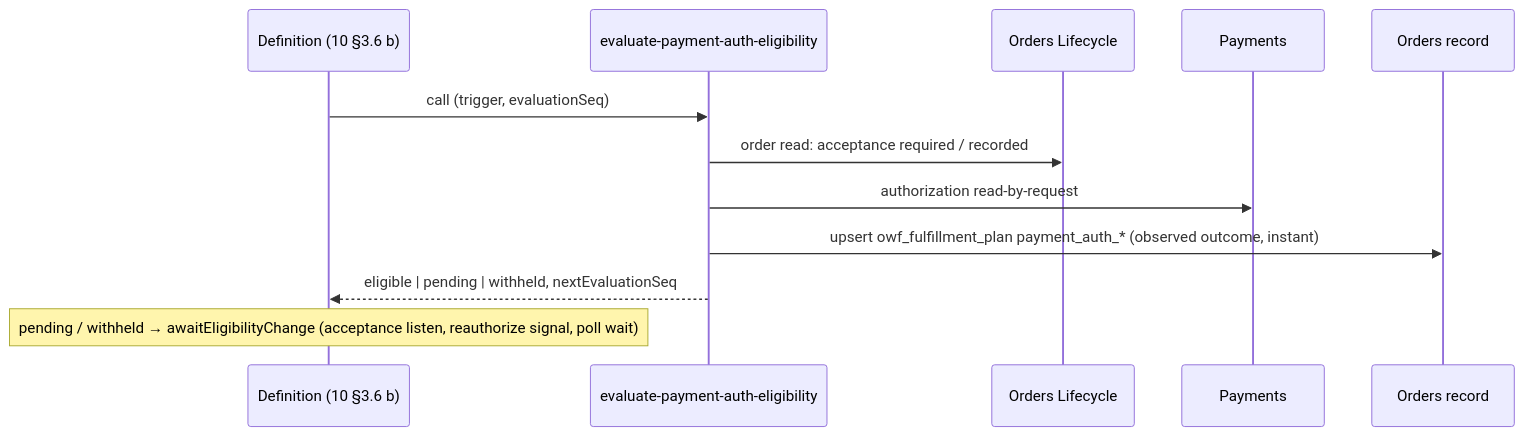
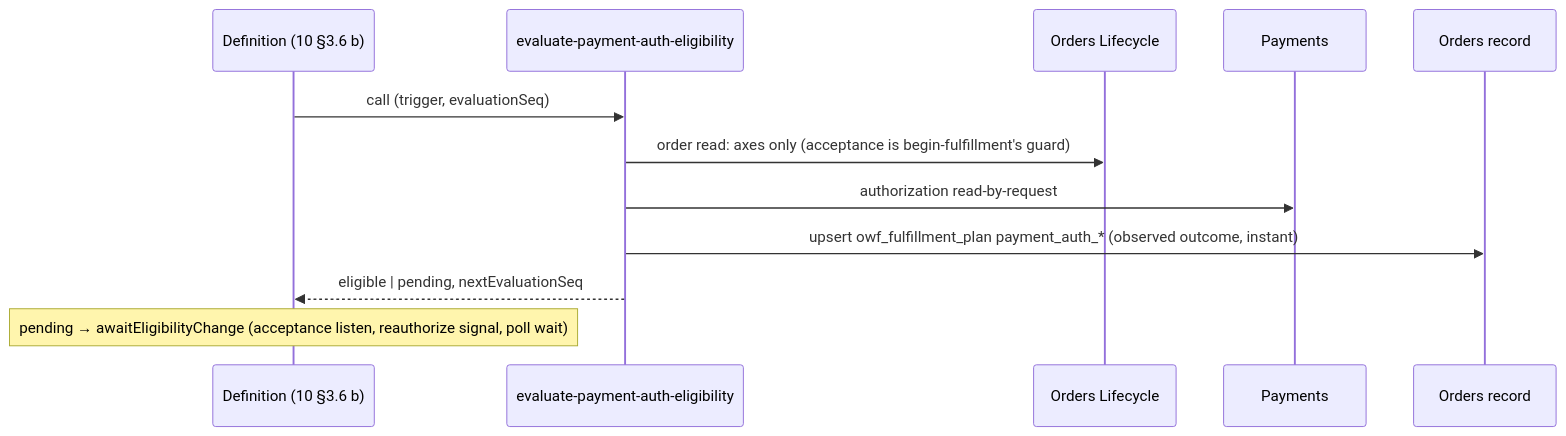
The second of 5 diagrams in gears/bss/orders-workflow/docs/design/04-fulfillment-plan.md (constructorfabric/gears-rust), drawn with Mermaid before and after one commit. The commit also changed other lines of this file and 11 other files, not shown here.

````diff
--- a/gears/bss/orders-workflow/docs/design/04-fulfillment-plan.md
+++ b/gears/bss/orders-workflow/docs/design/04-fulfillment-plan.md
@@ -646,14 +646,14 @@
 ```mermaid
 sequenceDiagram
     participant D as Definition (10 §3.6 b)
     participant G as evaluate-payment-auth-eligibility
     participant L as Orders Lifecycle
     participant P as Payments
     participant R as Orders record
     D->>G: call (trigger, evaluationSeq)
-    G->>L: order read: acceptance required / recorded
+    G->>L: order read: axes only (acceptance is begin-fulfillment's guard)
     G->>P: authorization read-by-request
     G->>R: upsert owf_fulfillment_plan payment_auth_* (observed outcome, instant)
-    G-->>D: eligible | pending | withheld, nextEvaluationSeq
-    Note over D: pending / withheld → awaitEligibilityChange (acceptance listen, reauthorize signal, poll wait)
+    G-->>D: eligible | pending, nextEvaluationSeq
+    Note over D: pending → awaitEligibilityChange (acceptance listen, reauthorize signal, poll wait)
 ```
````
